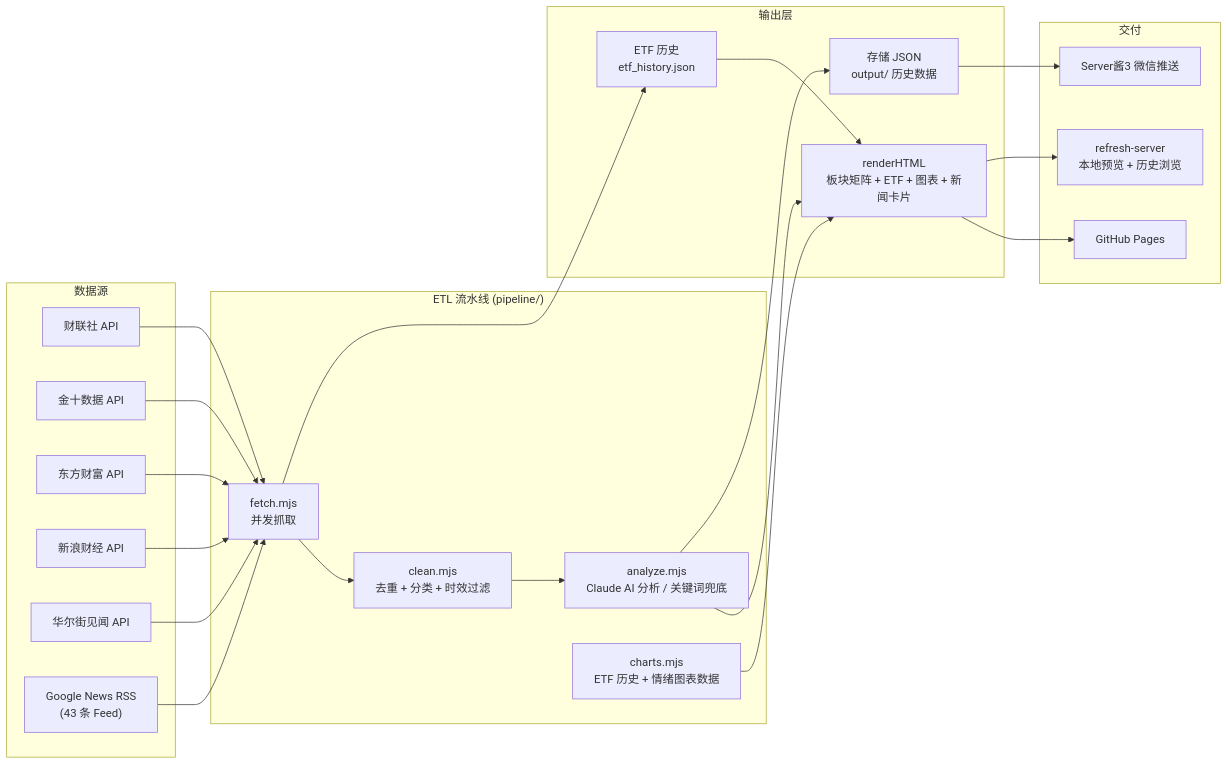
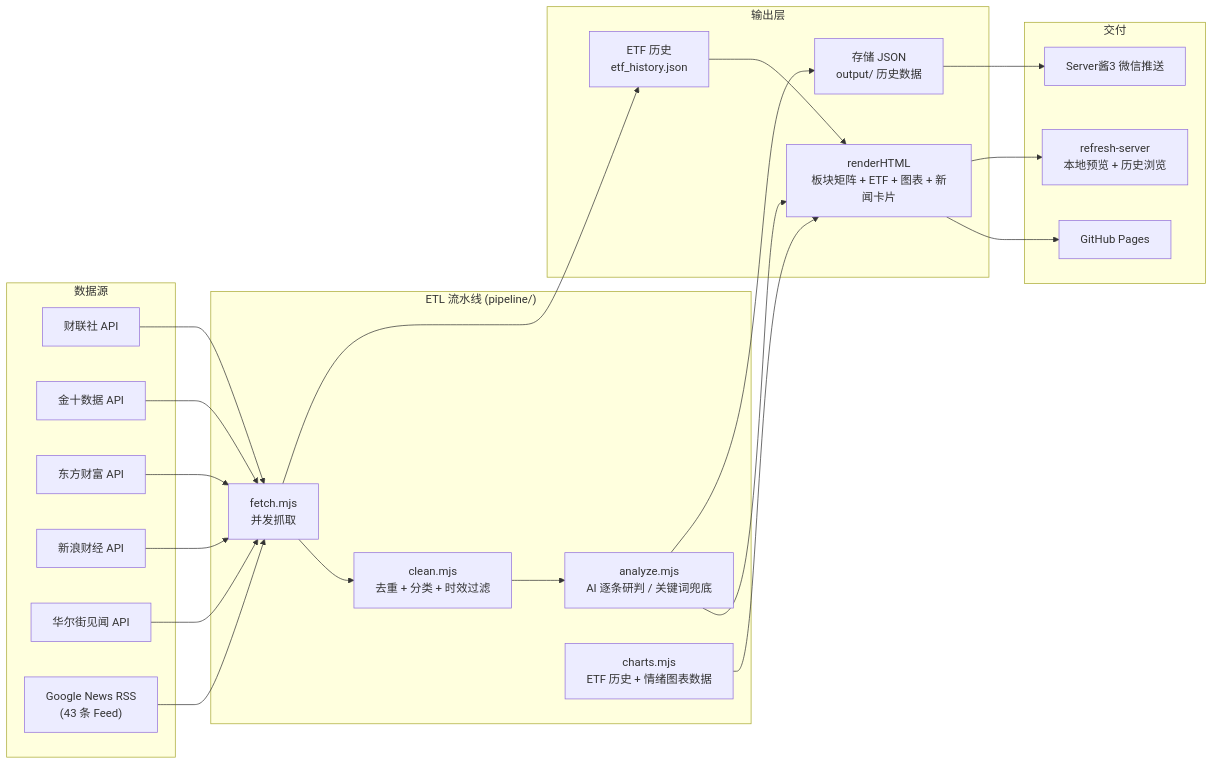
Before and after one commit to cc5207597-hash/daily-stock-news: the diagram in README.md, drawn with Mermaid. The commit also changed other lines of this file and 1 other file, not shown here.

````diff
--- a/README.md
+++ b/README.md
@@ -9,36 +9,36 @@
 ```mermaid
 flowchart LR
     subgraph Sources["数据源"]
         A1["财联社 API"]
         A2["金十数据 API"]
         A3["东方财富 API"]
         A4["新浪财经 API"]
         A5["华尔街见闻 API"]
         A6["Google News RSS<br/>(43 条 Feed)"]
     end
 
     subgraph Pipeline["ETL 流水线 (pipeline/)"]
         B1["fetch.mjs<br/>并发抓取"]
         B2["clean.mjs<br/>去重 + 分类 + 时效过滤"]
-        B3["analyze.mjs<br/>Claude AI 分析 / 关键词兜底"]
+        B3["analyze.mjs<br/>AI 逐条研判 / 关键词兜底"]
         B4["charts.mjs<br/>ETF 历史 + 情绪图表数据"]
     end
 
     subgraph Output["输出层"]
         C1["renderHTML<br/>板块矩阵 + ETF + 图表 + 新闻卡片"]
         C2["存储 JSON<br/>output/ 历史数据"]
         C3["ETF 历史<br/>etf_history.json"]
     end
 
     subgraph Deploy["交付"]
         D1["GitHub Pages"]
         D2["Server酱3 微信推送"]
         D3["refresh-server<br/>本地预览 + 历史浏览"]
     end
 
     A1 & A2 & A3 & A4 & A5 & A6 --> B1 --> B2 --> B3 --> C1 & C2
     B1 --> C3 --> C1
     C1 --> D1 & D3
     B4 --> C1
     C2 --> D2
 ```
````
